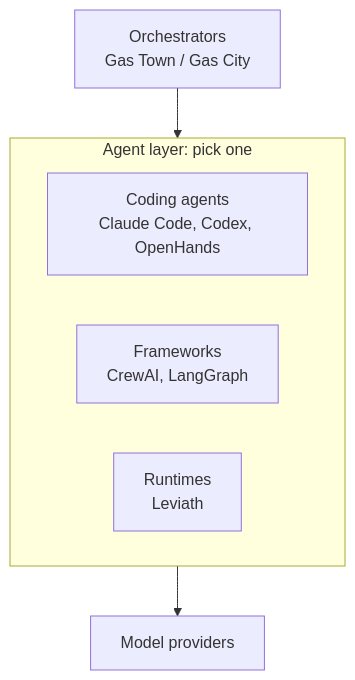
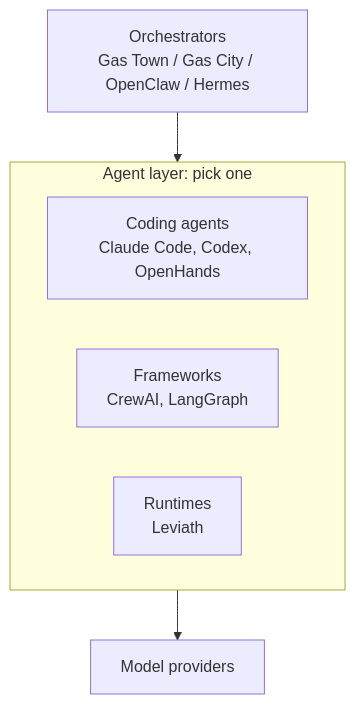
One commit to GEMISIS/leviath changed the diagram in docs/content/comparison.md. Above: the diagram before and after it, drawn with Mermaid. The commit also changed other lines of this file and 7 other files, not shown here.

````diff
--- a/docs/content/comparison.md
+++ b/docs/content/comparison.md
@@ -20,11 +20,11 @@
 ```mermaid
 flowchart TD
-  ORCH["Orchestrators<br/>Gas Town / Gas City"]
+  ORCH["Orchestrators<br/>Gas Town / Gas City / OpenClaw / Hermes"]
   ORCH --> AGENTS["Agent layer"]
   subgraph AGENTS["Agent layer: pick one"]
     CC["Coding agents<br/>Claude Code, Codex, OpenHands"]
     FW["Frameworks<br/>CrewAI, LangGraph"]
     LEV["Runtimes<br/>Leviath"]
   end
   AGENTS --> M["Model providers"]
 ```
````
